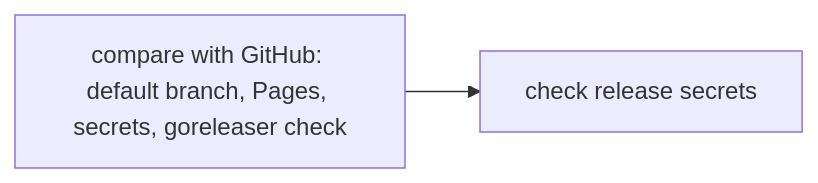
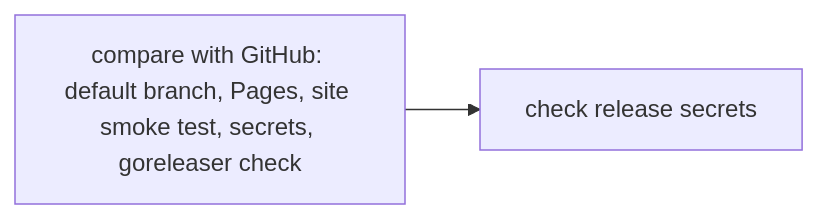
One commit to octopot/indexit changed the sixth of 10 diagrams in .github/workflows/README.md. Above: the diagram before and after it, drawn with Mermaid. The commit also changed other lines of this file and 9 other files, not shown here.

Commit message:
feat(ci/cd): pin the Pages domain and smoke-test deployments

````diff
--- a/.github/workflows/README.md
+++ b/.github/workflows/README.md
@@ -133,4 +138,4 @@
 ```mermaid
 flowchart LR
-  doctor[compare with GitHub: default branch, Pages, secrets, goreleaser check] --> preflight[check release secrets]
+  doctor[compare with GitHub: default branch, Pages, site smoke test, secrets, goreleaser check] --> preflight[check release secrets]
 ```
````
